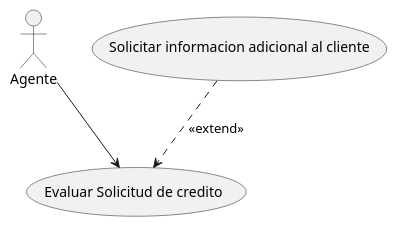
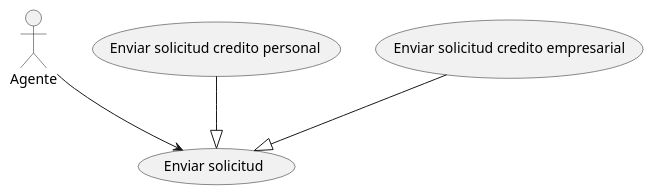
The diagram in src/CasosDeUso2UML.puml (Carlosmanuelpre/CasosDeUsos2UML), drawn with PlantUML before and after one commit.

Commit message:
Ejemplo nº4 , en este caso lo que hemos hecho es realizar una herencia entre los 3 casos de uso, en la que enviar solicidud recibe la herencia de las dos restante

```diff
--- a/src/CasosDeUso2UML.puml
+++ b/src/CasosDeUso2UML.puml
@@ -1,9 +1,12 @@
 @startuml
 :Agente:
 
-(Evaluar Solicitud de credito)
-(Solicitar informacion adicional al cliente)
+(Enviar solicitud)
+(Enviar solicitud credito personal)
+(Enviar solicitud credito empresarial)
 
-(Solicitar informacion adicional al cliente) ..> (Evaluar Solicitud de credito) : <<extend>>
-Agente --> (Evaluar Solicitud de credito)
+Agente --> (Enviar solicitud)
+(Enviar solicitud credito personal) --|> (Enviar solicitud)
+(Enviar solicitud credito empresarial) --|> (Enviar solicitud)
+
 @enduml
```
